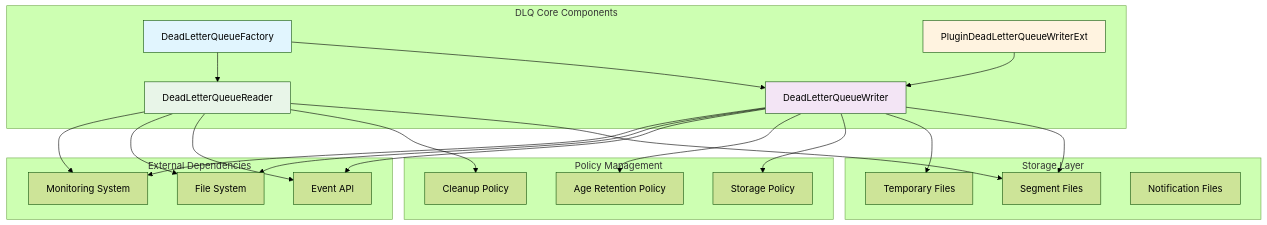
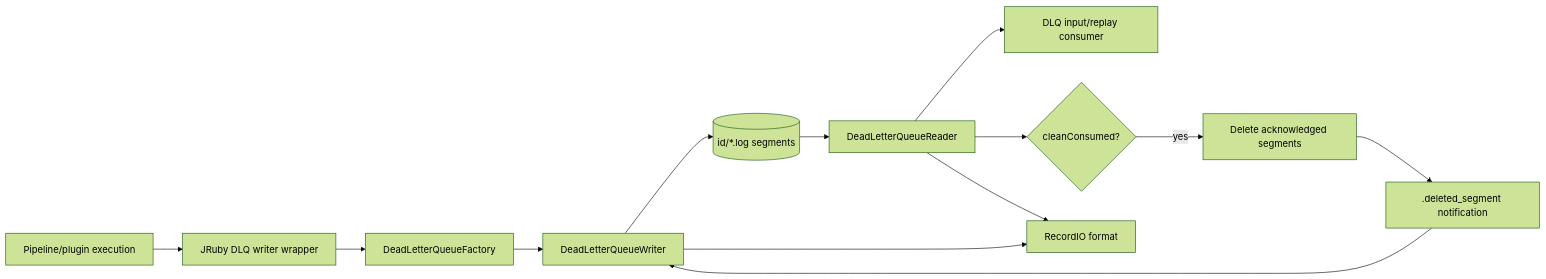
Before and after one commit to FSoft-AI4Code/codewiki-demo: the first of 3 diagrams in docs/elastic--logstash-docs/dead_letter_queue.md, drawn with Mermaid (forest theme). The commit also changed other lines of this file and 1767 other files, not shown here.

````diff
--- a/docs/elastic--logstash-docs/dead_letter_queue.md
+++ b/docs/elastic--logstash-docs/dead_letter_queue.md
@@ -21,49 +11,15 @@
 ```mermaid
-graph TB
-    subgraph "DLQ Core Components"
-        Factory[DeadLetterQueueFactory]
-        Writer[DeadLetterQueueWriter]
-        Reader[DeadLetterQueueReader]
-        PluginWriter[PluginDeadLetterQueueWriterExt]
-    end
-    
-    subgraph "Storage Layer"
-        Segments[Segment Files]
-        TempFiles[Temporary Files]
-        NotificationFiles[Notification Files]
-    end
-    
-    subgraph "Policy Management"
-        StoragePolicy[Storage Policy]
-        AgePolicy[Age Retention Policy]
-        CleanupPolicy[Cleanup Policy]
-    end
-    
-    subgraph "External Dependencies"
-        EventAPI[Event API]
-        FileSystem[File System]
-        Monitoring[Monitoring System]
-    end
-    
-    Factory --> Writer
-    Factory --> Reader
-    Writer --> Segments
-    Reader --> Segments
-    Writer --> TempFiles
-    Writer --> StoragePolicy
-    Writer --> AgePolicy
-    Reader --> CleanupPolicy
-    PluginWriter --> Writer
-    
-    Writer --> EventAPI
-    Reader --> EventAPI
-    Writer --> FileSystem
-    Reader --> FileSystem
-    Writer --> Monitoring
-    Reader --> Monitoring
-    
-    style Factory fill:#e1f5fe
-    style Writer fill:#f3e5f5
-    style Reader fill:#e8f5e8
-    style PluginWriter fill:#fff3e0
+flowchart LR
+    Pipeline[Pipeline/plugin execution] --> Wrapper[JRuby DLQ writer wrapper]
+    Wrapper --> Factory[DeadLetterQueueFactory]
+    Factory --> Writer[DeadLetterQueueWriter]
+    Writer --> Segments[(id/*.log segments)]
+    Segments --> Reader[DeadLetterQueueReader]
+    Reader --> Input[DLQ input/replay consumer]
+    Reader --> Cleanup{cleanConsumed?}
+    Cleanup -->|yes| Delete[Delete acknowledged segments]
+    Delete --> Notify[.deleted_segment notification]
+    Notify --> Writer
+    Writer --> Record[RecordIO format]
+    Reader --> Record
 ```
````
